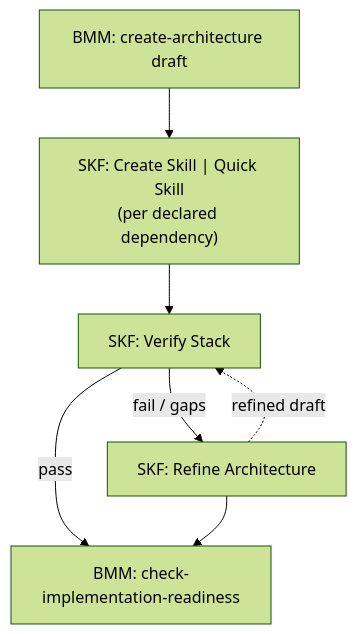
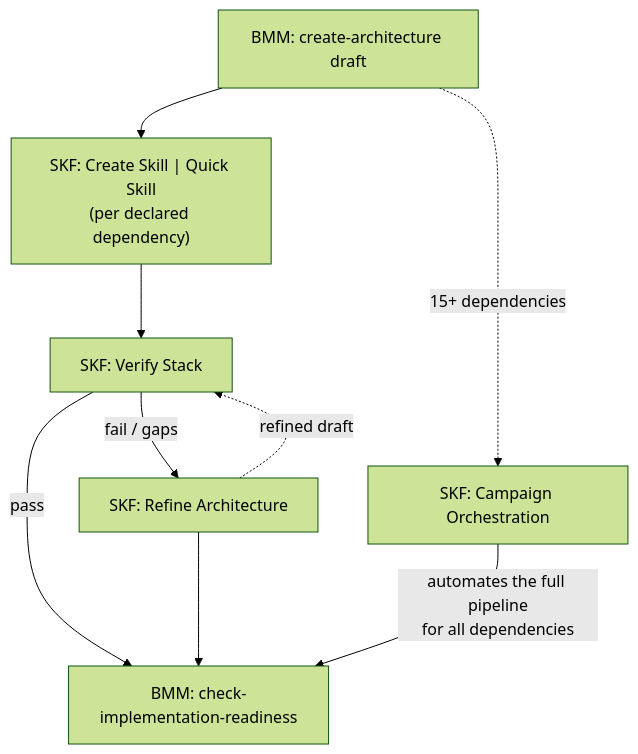
One commit to armelhbobdad/bmad-module-skill-forge changed the second of 3 diagrams in docs/bmad-synergy.md. Above: the diagram before and after it, drawn with Mermaid (forest theme). The commit also changed other lines of this file and 5 other files, not shown here.

````diff
--- a/docs/bmad-synergy.md
+++ b/docs/bmad-synergy.md
@@ -105,9 +105,12 @@
 ```mermaid
 flowchart TD
     ARCH[BMM: create-architecture draft] --> GEN["SKF: Create Skill | Quick Skill<br/>(per declared dependency)"]
     GEN --> VS[SKF: Verify Stack]
     VS -->|pass| READY[BMM: check-implementation-readiness]
     VS -->|fail / gaps| RA[SKF: Refine Architecture]
     RA -.->|refined draft| VS
     RA --> READY
+
+    ARCH -.->|15+ dependencies| CAMPAIGN[SKF: Campaign Orchestration]
+    CAMPAIGN -->|"automates the full pipeline<br/>for all dependencies"| READY
 ```
````
